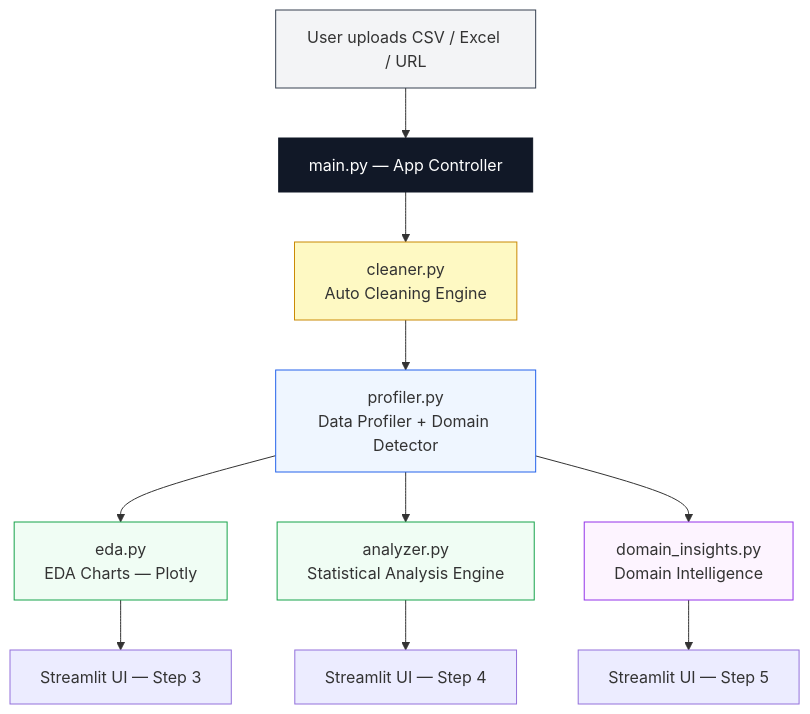
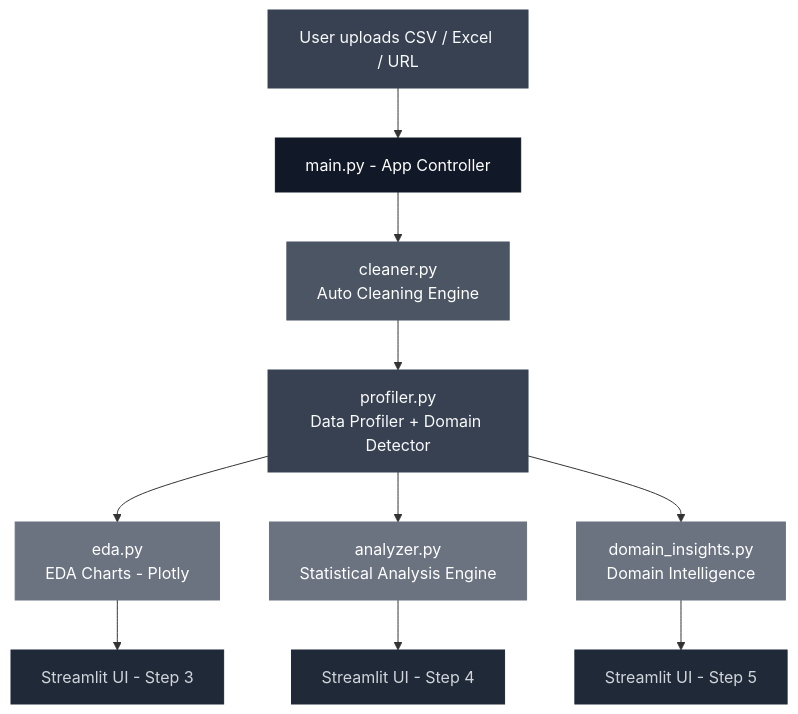
Before and after one commit to salehmdasif/streamlit_datapulse: the first of 3 diagrams in README.md, drawn with Mermaid. The commit also changed other lines of this file and 3 other files, not shown here.

First line of the commit message:
docs: remove em dashes, portfolio references, fix diagram colors for light/dark mode

````diff
--- a/README.md
+++ b/README.md
@@ -76,20 +76,23 @@
 ```mermaid
 flowchart TD
-    A[User uploads CSV / Excel / URL] --> B[main.py — App Controller]
+    A[User uploads CSV / Excel / URL] --> B[main.py - App Controller]
     B --> C[cleaner.py\nAuto Cleaning Engine]
     C --> D[profiler.py\nData Profiler + Domain Detector]
-    D --> E[eda.py\nEDA Charts — Plotly]
+    D --> E[eda.py\nEDA Charts - Plotly]
     D --> F[analyzer.py\nStatistical Analysis Engine]
     D --> G[domain_insights.py\nDomain Intelligence]
-    E --> H[Streamlit UI — Step 3]
-    F --> I[Streamlit UI — Step 4]
-    G --> J[Streamlit UI — Step 5]
+    E --> H[Streamlit UI - Step 3]
+    F --> I[Streamlit UI - Step 4]
+    G --> J[Streamlit UI - Step 5]
 
-    style A fill:#f3f4f6,stroke:#374151
-    style B fill:#111827,color:#fff,stroke:#111827
-    style C fill:#fef9c3,stroke:#ca8a04
-    style D fill:#eff6ff,stroke:#2563eb
-    style E fill:#f0fdf4,stroke:#16a34a
-    style F fill:#f0fdf4,stroke:#16a34a
-    style G fill:#fdf4ff,stroke:#9333ea
+    style A fill:#374151,color:#f9fafb,stroke:#374151
+    style B fill:#111827,color:#ffffff,stroke:#111827
+    style C fill:#4b5563,color:#ffffff,stroke:#4b5563
+    style D fill:#374151,color:#f9fafb,stroke:#374151
+    style E fill:#6b7280,color:#ffffff,stroke:#6b7280
+    style F fill:#6b7280,color:#ffffff,stroke:#6b7280
+    style G fill:#6b7280,color:#ffffff,stroke:#6b7280
+    style H fill:#1f2937,color:#d1d5db,stroke:#1f2937
+    style I fill:#1f2937,color:#d1d5db,stroke:#1f2937
+    style J fill:#1f2937,color:#d1d5db,stroke:#1f2937
 ```
````
